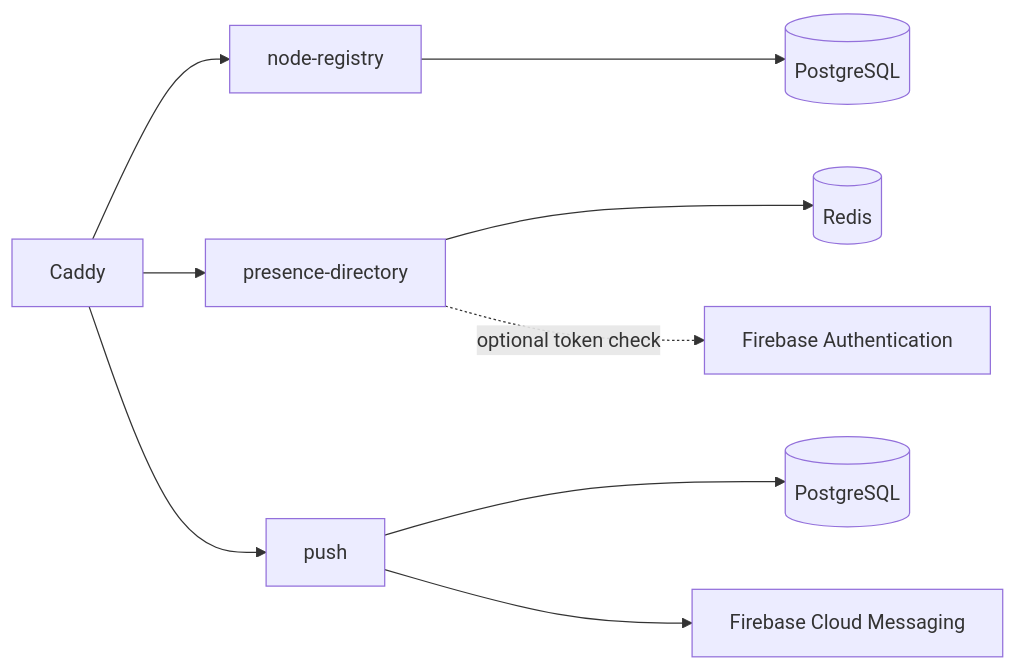
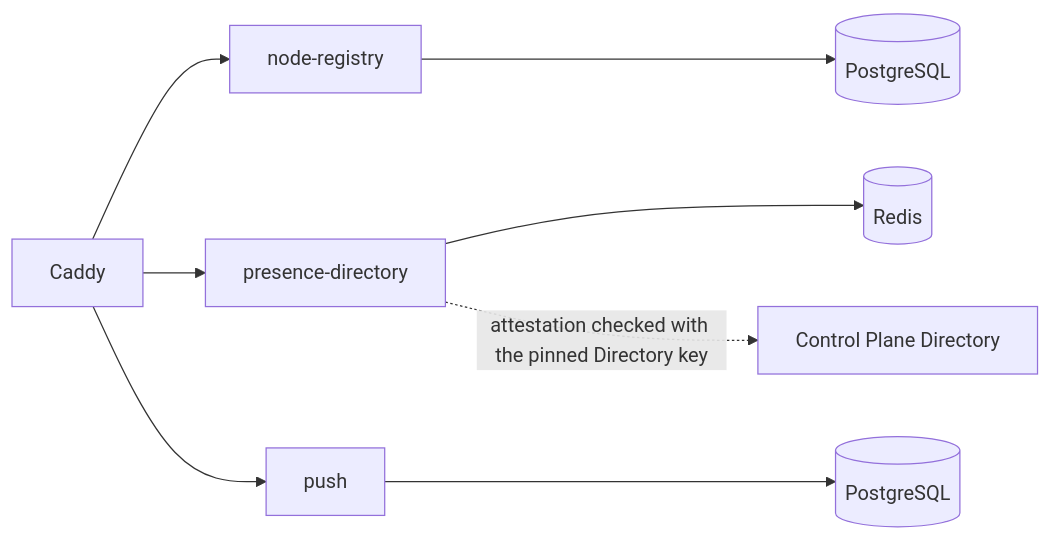
Before and after one commit to cbgm/Sparrow: the diagram in docs/server/control-plane.md, drawn with Mermaid. The commit also changed other lines of this file and 61 other files, not shown here.

````diff
--- a/docs/server/control-plane.md
+++ b/docs/server/control-plane.md
@@ -9,11 +9,10 @@
 ```mermaid
 flowchart LR
     C[Caddy] --> R[node-registry]
     C --> P[presence-directory]
     C --> U[push]
     R --> RDB[(PostgreSQL)]
     P --> REDIS[(Redis)]
     U --> UDB[(PostgreSQL)]
-    U --> FCM[Firebase Cloud Messaging]
-    P -. optional token check .-> FA[Firebase Authentication]
+    P -. attestation checked with the pinned Directory key .-> D[Control Plane Directory]
 ```
````
